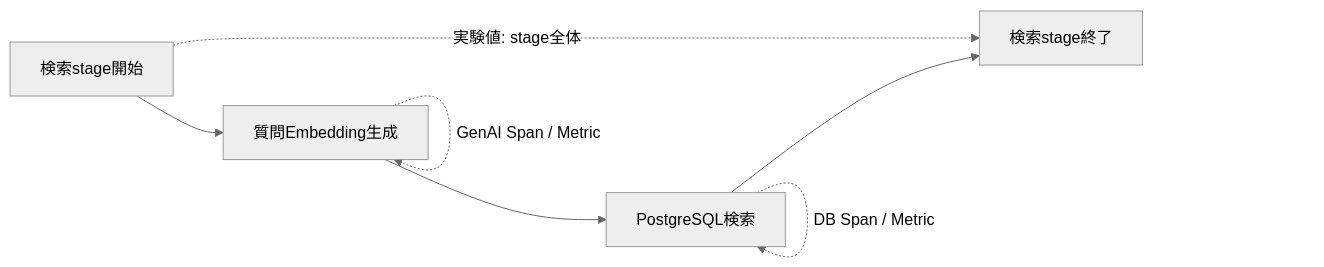
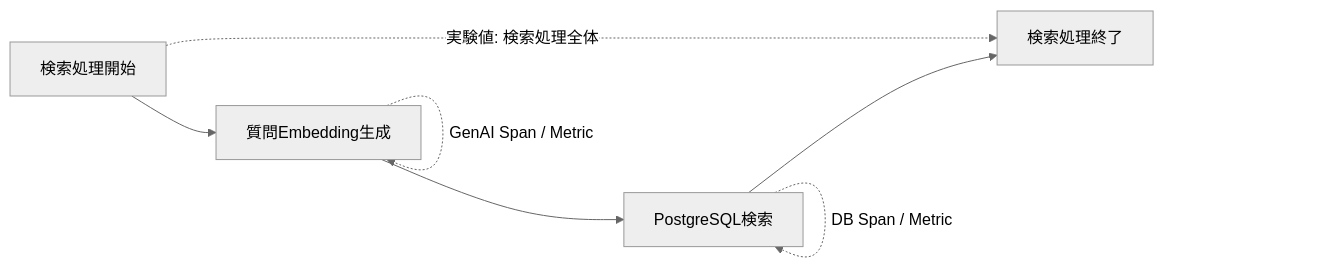
Before and after one commit to takashit16833/Workbench: the second of 4 diagrams in Notes/RAGScope/RAGScopeアプリケーション/RS-0023 Metrics設計メモ.md, drawn with Mermaid (neutral theme). The commit also changed other lines of this file, not shown here.

````diff
--- a/Notes/RAGScope/RAGScopeアプリケーション/RS-0023 Metrics設計メモ.md
+++ b/Notes/RAGScope/RAGScopeアプリケーション/RS-0023 Metrics設計メモ.md
@@ -79,10 +78,10 @@
 ```mermaid
 flowchart LR
-    S["検索stage開始"] --> E["質問Embedding生成"]
+    S["検索処理開始"] --> E["質問Embedding生成"]
     E --> DB["PostgreSQL検索"]
-    DB --> F["検索stage終了"]
+    DB --> F["検索処理終了"]
 
-    S -. "実験値: stage全体" .-> F
+    S -. "実験値: 検索処理全体" .-> F
     E -. "GenAI Span / Metric" .-> E
     DB -. "DB Span / Metric" .-> DB
 ```
````
